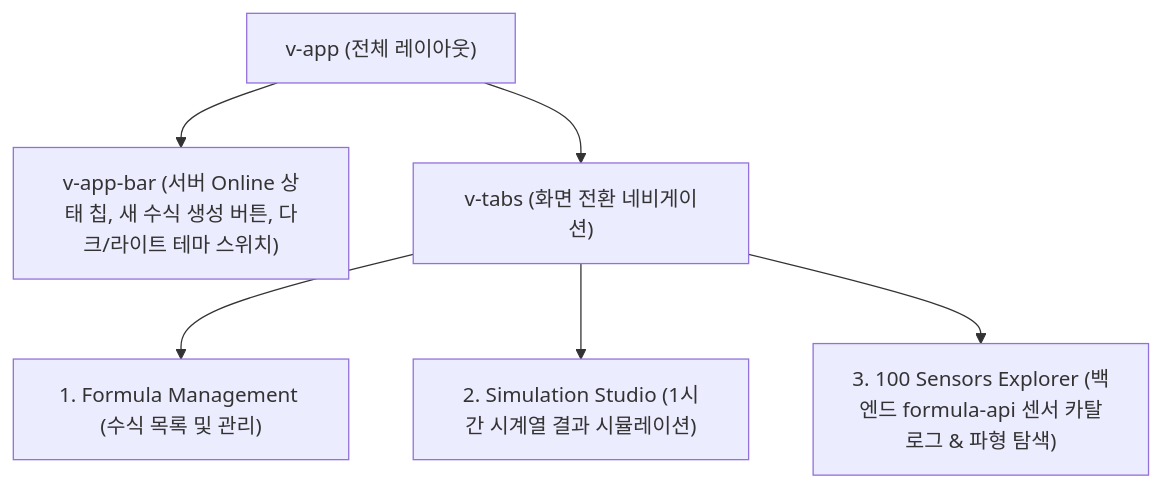
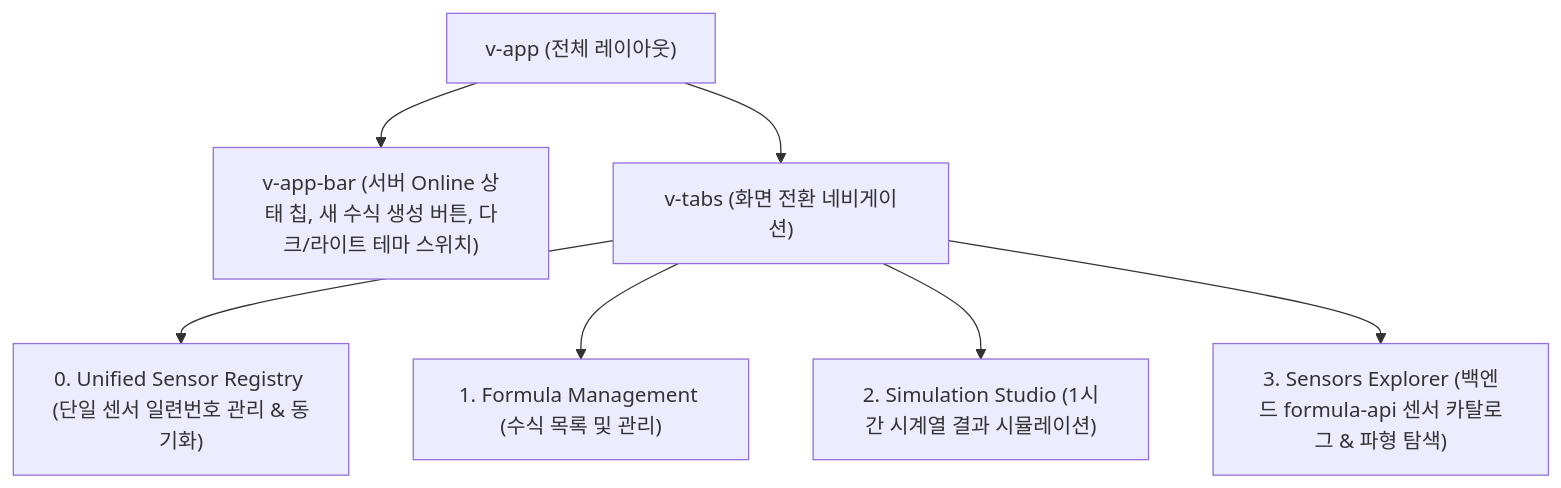
The second of 2 diagrams in docs/FRONTEND_UI_GUIDE.md (imoil/formula-evaluator-service), drawn with Mermaid before and after one commit. The commit also changed other lines of this file and 6 other files, not shown here.

Commit message:
docs: update architecture, streaming, and frontend guides for unified sensor registry and oracle 19c

````diff
--- a/docs/FRONTEND_UI_GUIDE.md
+++ b/docs/FRONTEND_UI_GUIDE.md
@@ -408,14 +113,15 @@
 ```mermaid
 flowchart TD
     App["v-app (전체 레이아웃)"]
     AppBar["v-app-bar (서버 Online 상태 칩, 새 수식 생성 버튼, 다크/라이트 테마 스위치)"]
     Tabs["v-tabs (화면 전환 네비게이션)"]
 
+    Tab0["0. Unified Sensor Registry (단일 센서 일련번호 관리 & 동기화)"]
     Tab1["1. Formula Management (수식 목록 및 관리)"]
     Tab2["2. Simulation Studio (1시간 시계열 결과 시뮬레이션)"]
-    Tab3["3. 100 Sensors Explorer (백엔드 formula-api 센서 카탈로그 & 파형 탐색)"]
+    Tab3["3. Sensors Explorer (백엔드 formula-api 센서 카탈로그 & 파형 탐색)"]
 
     App --> AppBar
     App --> Tabs
-    Tabs --> Tab1 & Tab2 & Tab3
+    Tabs --> Tab0 & Tab1 & Tab2 & Tab3
 ```
````
